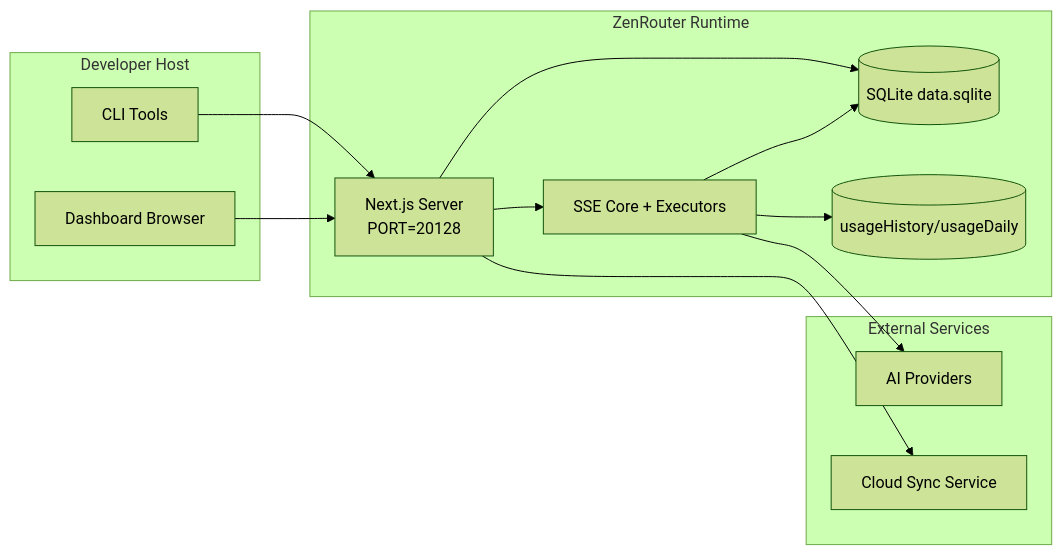
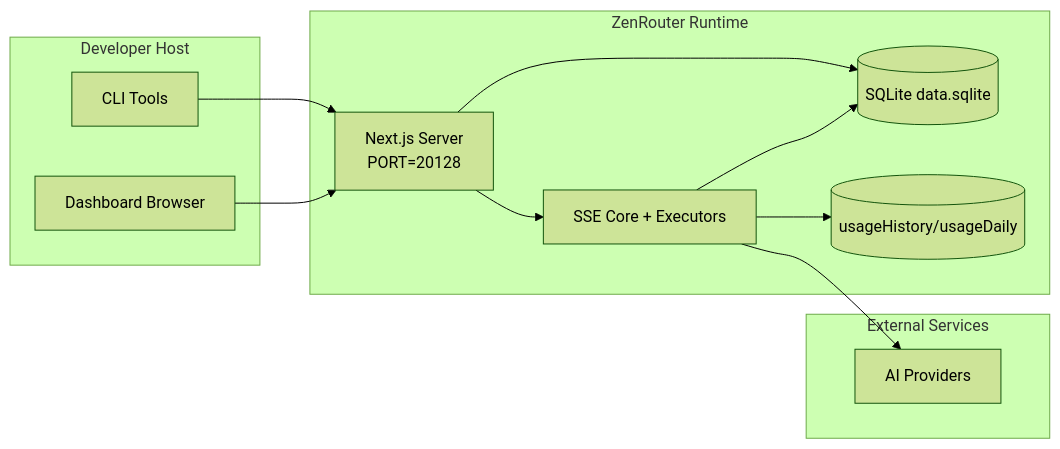
The sixth of 6 diagrams in docs/ARCHITECTURE.md (ByKitsune/kitsune-router), drawn with Mermaid (forest theme) before and after one commit. The commit also changed other lines of this file and 182 other files, not shown here.

````diff
--- a/docs/ARCHITECTURE.md
+++ b/docs/ARCHITECTURE.md
@@ -455,28 +432,26 @@
 ```mermaid
 flowchart LR
     subgraph LocalHost[Developer Host]
         CLI[CLI Tools]
         Browser[Dashboard Browser]
     end
 
     subgraph ContainerOrProcess[ZenRouter Runtime]
         Next[Next.js Server\nPORT=20128]
         Core[SSE Core + Executors]
         MainDB[(SQLite data.sqlite)]
         UsageDB[(usageHistory/usageDaily)]
     end
 
     subgraph External[External Services]
         Providers[AI Providers]
-        SyncCloud[Cloud Sync Service]
     end
 
     CLI --> Next
     Browser --> Next
     Next --> Core
     Next --> MainDB
     Core --> MainDB
     Core --> UsageDB
     Core --> Providers
-    Next --> SyncCloud
 ```
````
